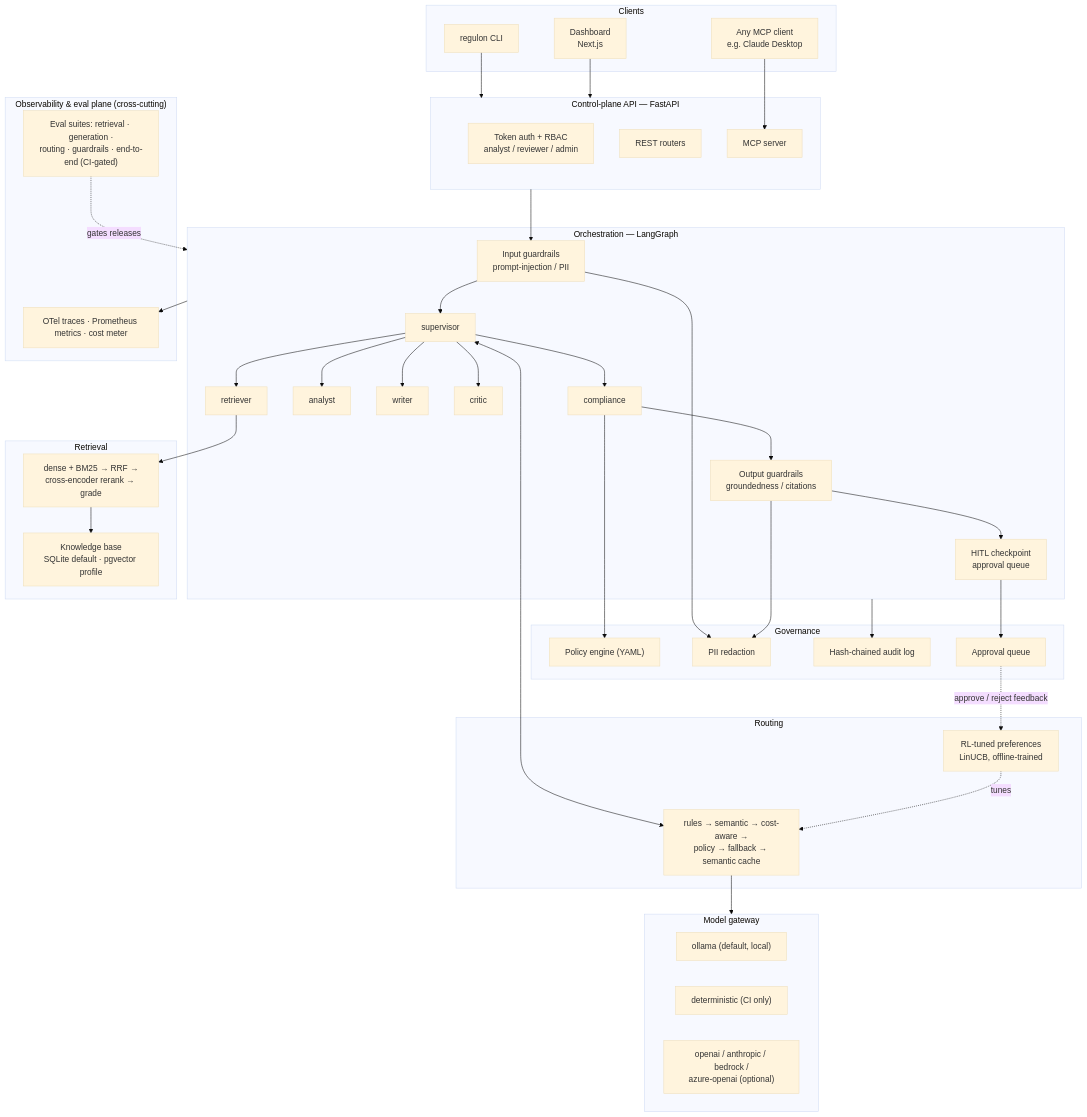
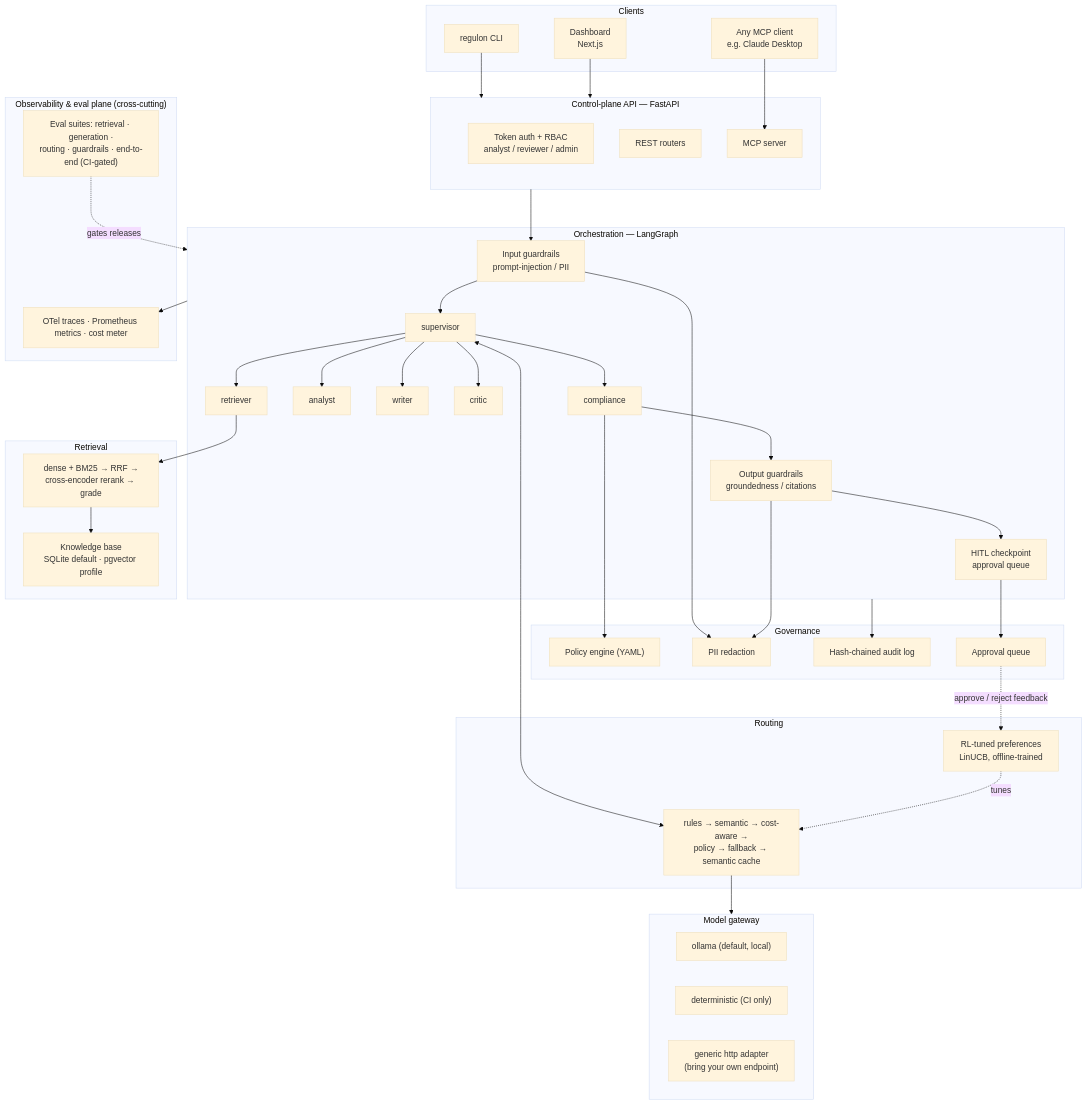
Before and after one commit to shakehasan/regulon: the first of 2 diagrams in README.md, drawn with Mermaid (base theme). The commit also changed other lines of this file and 7 other files, not shown here.

````diff
--- a/README.md
+++ b/README.md
@@ -103,72 +111,72 @@
 ```mermaid
 flowchart TB
     subgraph clients["Clients"]
         CLI["regulon CLI"]
         DASH["Dashboard<br/>Next.js"]
         MCPC["Any MCP client<br/>e.g. Claude Desktop"]
     end
 
     subgraph api["Control-plane API — FastAPI"]
         AUTH["Token auth + RBAC<br/>analyst / reviewer / admin"]
         REST["REST routers"]
         MCPS["MCP server"]
     end
 
     subgraph orch["Orchestration — LangGraph"]
         GIN["Input guardrails<br/>prompt-injection / PII"]
         SUP["supervisor"]
         RETA["retriever"]
         ANA["analyst"]
         WRI["writer"]
         CRI["critic"]
         COM["compliance"]
         GOUT["Output guardrails<br/>groundedness / citations"]
         HITL["HITL checkpoint<br/>approval queue"]
     end
 
     subgraph routing["Routing"]
         ROUTE["rules → semantic → cost-aware →<br/>policy → fallback → semantic cache"]
         RL["RL-tuned preferences<br/>LinUCB, offline-trained"]
     end
 
     subgraph gateway["Model gateway"]
         OLL["ollama (default, local)"]
         DET["deterministic (CI only)"]
-        CLOUD["openai / anthropic / bedrock /<br/>azure-openai (optional)"]
+        HTTPA["generic http adapter<br/>(bring your own endpoint)"]
     end
 
     subgraph retrieval["Retrieval"]
         KB["Knowledge base<br/>SQLite default · pgvector profile"]
         HYB["dense + BM25 → RRF →<br/>cross-encoder rerank → grade"]
     end
 
     subgraph gov["Governance"]
         POL["Policy engine (YAML)"]
         RED["PII redaction"]
         AUD["Hash-chained audit log"]
         QUEUE["Approval queue"]
     end
 
     subgraph obseval["Observability & eval plane (cross-cutting)"]
         OTEL["OTel traces · Prometheus metrics · cost meter"]
         EVAL["Eval suites: retrieval · generation ·<br/>routing · guardrails · end-to-end (CI-gated)"]
     end
 
     CLI --> api
     DASH --> api
     MCPC --> MCPS
     api --> GIN --> SUP
     SUP --> RETA & ANA & WRI & CRI & COM
     COM --> GOUT --> HITL
     SUP <--> ROUTE
     RL -.tunes.-> ROUTE
     ROUTE --> gateway
     RETA --> HYB --> KB
     COM --> POL
     HITL --> QUEUE
     GIN & GOUT --> RED
     orch --> AUD
     QUEUE -. approve / reject feedback .-> RL
     orch --> OTEL
     EVAL -.gates releases.-> orch
 ```
````
